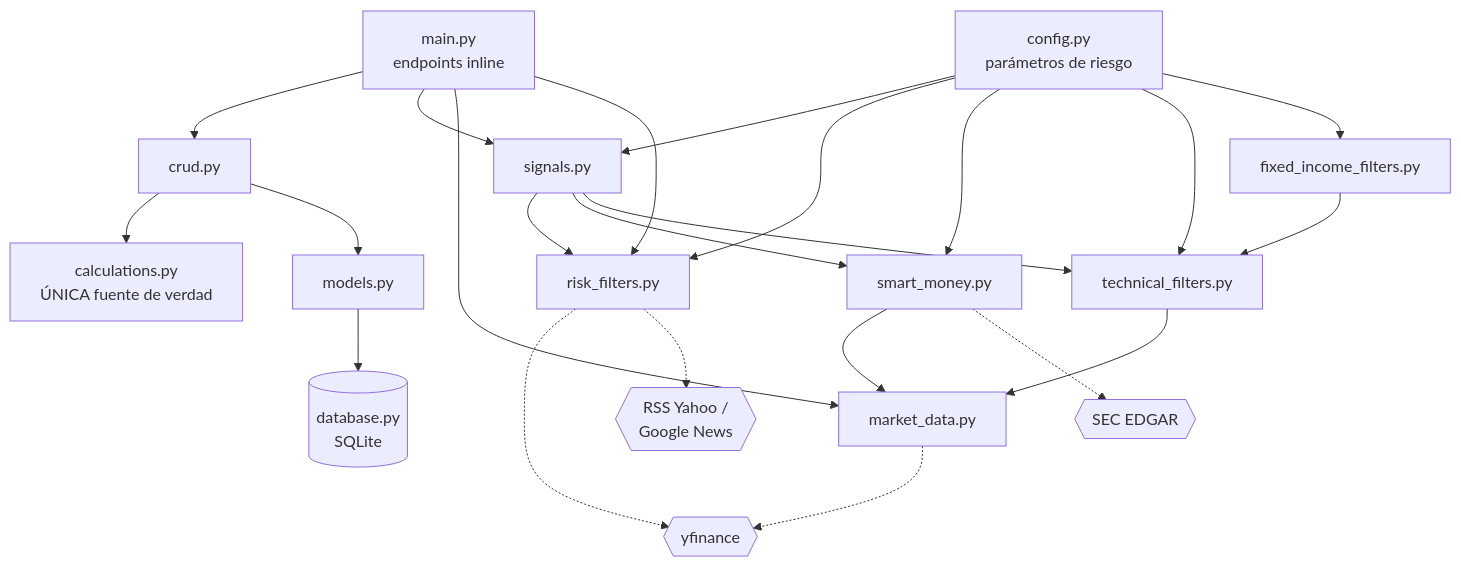
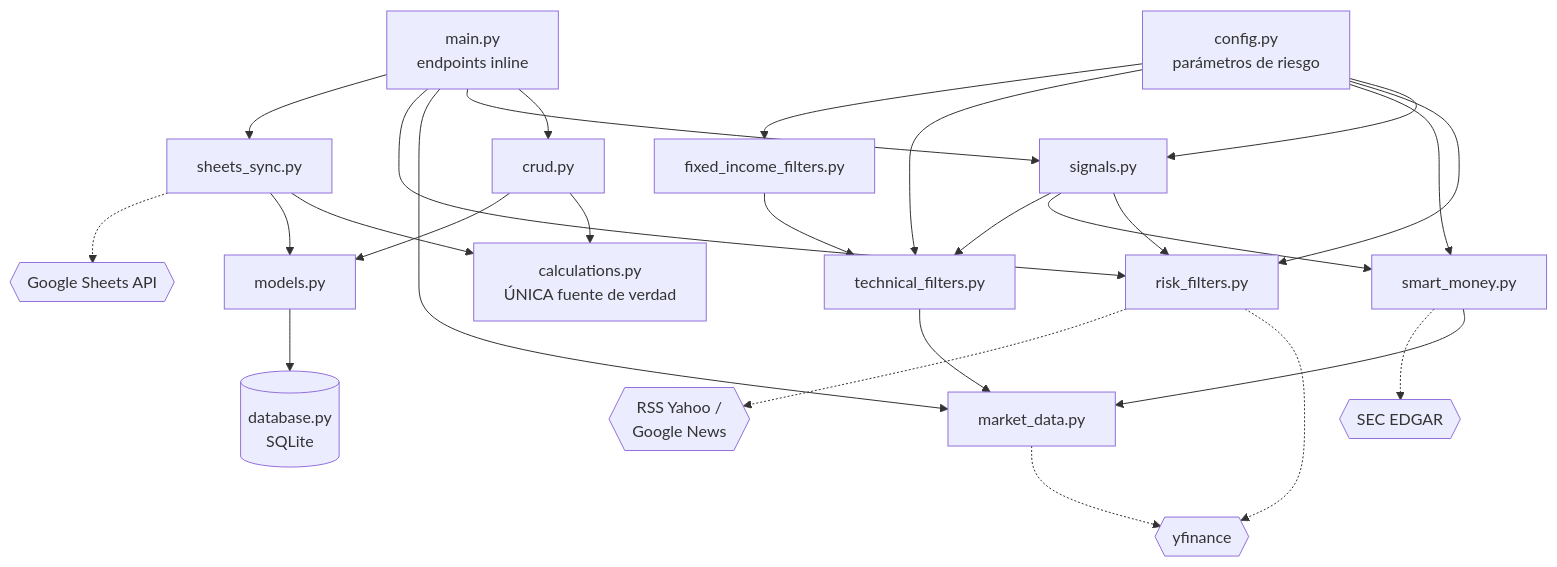
The first of 2 diagrams in CLAUDE.md (ulisao/simuladorinversiones), drawn with Mermaid before and after one commit. The commit also changed other lines of this file and 22 other files, not shown here.

````diff
--- a/CLAUDE.md
+++ b/CLAUDE.md
@@ -51,30 +53,34 @@
 ```mermaid
 flowchart TD
     MAIN[main.py<br/>endpoints inline] --> CRUD[crud.py]
     MAIN --> SIG[signals.py]
     MAIN --> MD[market_data.py]
     MAIN --> RF[risk_filters.py]
+    MAIN --> SH[sheets_sync.py]
 
     CRUD --> CALC[calculations.py<br/>ÚNICA fuente de verdad]
     CRUD --> MODELS[models.py]
     MODELS --> DB[(database.py<br/>SQLite)]
 
     SIG --> RF
     SIG --> SM[smart_money.py]
     SIG --> TF[technical_filters.py]
 
     TF --> MD
     SM --> MD
     FIF[fixed_income_filters.py] --> TF
 
     CFG[config.py<br/>parámetros de riesgo] --> SIG
     CFG --> RF
     CFG --> SM
     CFG --> TF
     CFG --> FIF
 
+    SH --> CALC
+    SH --> MODELS
+    SH -.-> GS{{Google Sheets API}}
     MD -.-> YF{{yfinance}}
     RF -.-> YF
     RF -.-> FEEDS{{RSS Yahoo /<br/>Google News}}
     SM -.-> SEC{{SEC EDGAR}}
 ```
````
